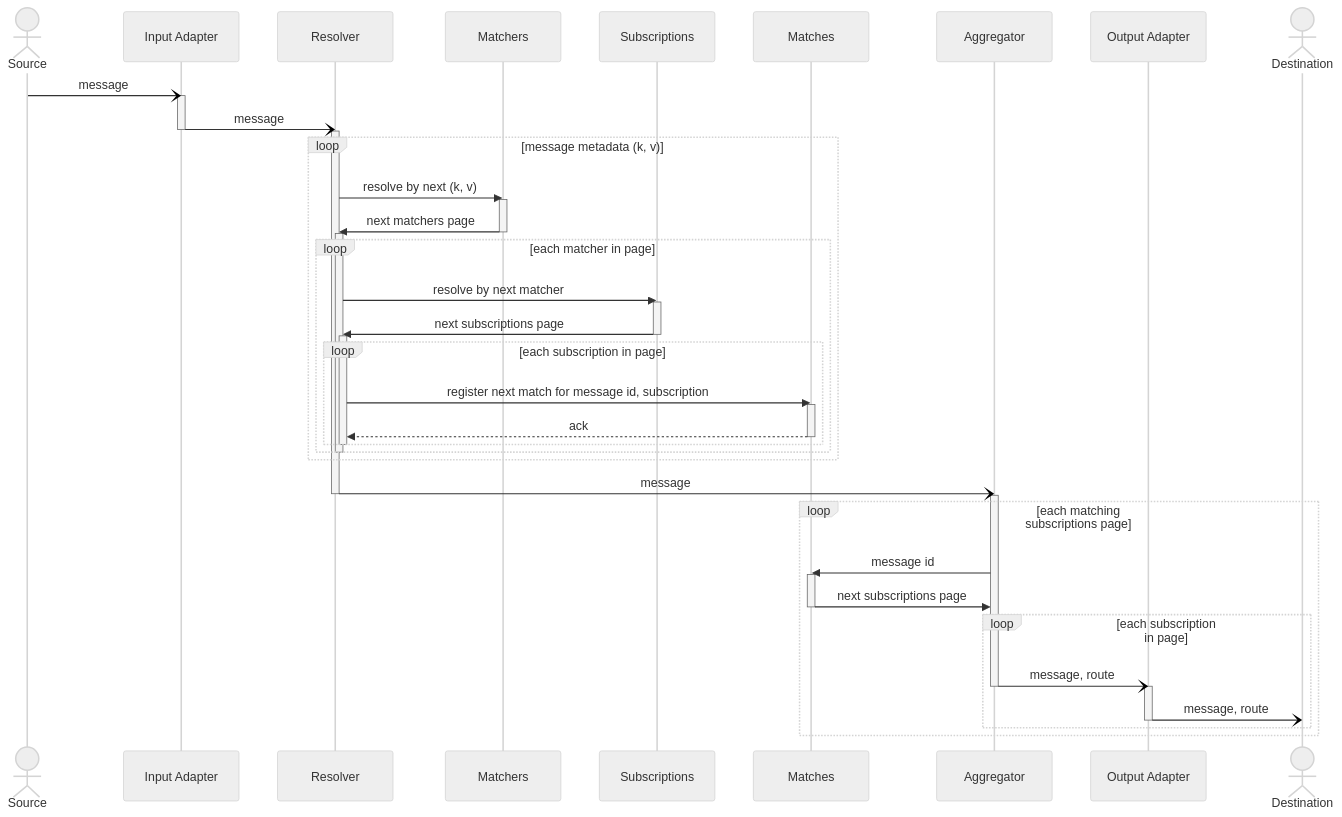
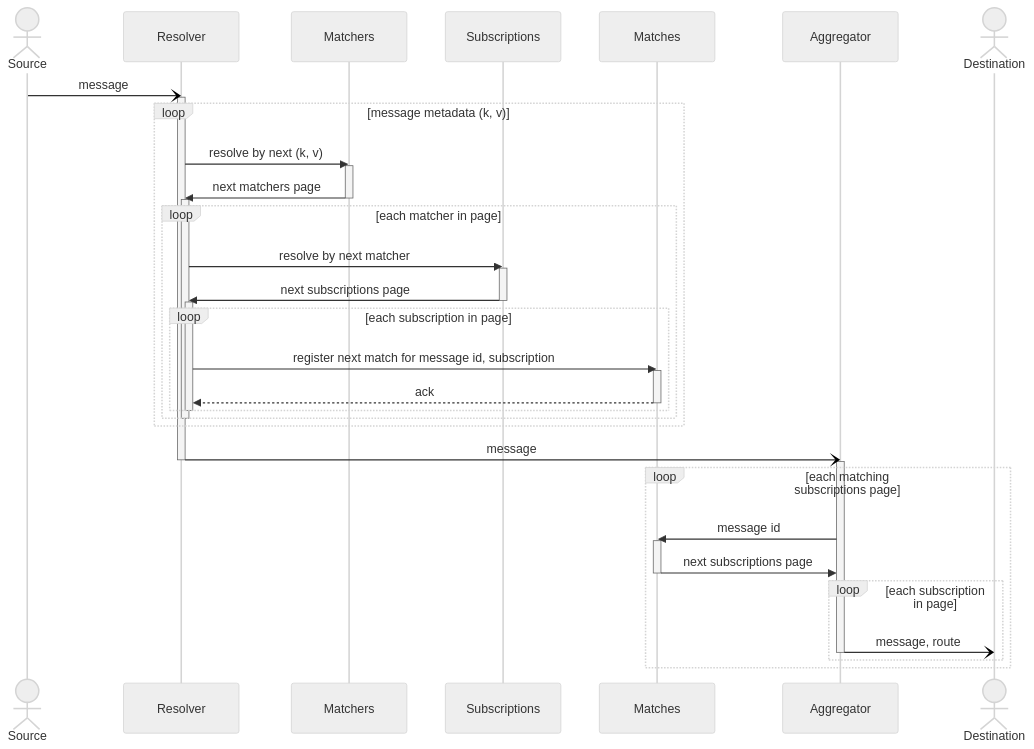
Before and after one commit to awakari/.github: the diagram in profile/README.md, drawn with Mermaid.

Commit message:
simplify the flow diagram

````diff
--- a/profile/README.md
+++ b/profile/README.md
@@ -5,70 +5,61 @@
 ```mermaid
 %%{init: {'theme': 'neutral' } }%%
 sequenceDiagram
 
     actor Source
-    participant Input Adapter
     participant Resolver
     participant Matchers
     participant Subscriptions
     participant Matches
     participant Aggregator
-    participant Output Adapter
     actor Destination
 
-    Source-)Input Adapter: message
-    activate Input Adapter
-        
-    Input Adapter-)Resolver: message
-    deactivate Input Adapter
+    Source-)Resolver: message
     activate Resolver
     
     loop message metadata (k, v)
     
         Resolver->>Matchers: resolve by next (k, v)
         activate Matchers
         Matchers->>Resolver: next matchers page
         deactivate Matchers
         
         activate Resolver
         loop each matcher in page
             
             Resolver->>Subscriptions: resolve by next matcher
             activate Subscriptions
             Subscriptions->>Resolver: next subscriptions page
             deactivate Subscriptions
             
             activate Resolver
             loop each subscription in page
                 Resolver->>Matches: register next match for message id, subscription
                 activate Matches
                 Matches-->>Resolver: ack
                 deactivate Matches
             end
             deactivate Resolver
             
         end
         deactivate Resolver
     end
         
     Resolver-)Aggregator: message
     deactivate Resolver
 
     activate Aggregator
     loop each matching subscriptions page
         
         Aggregator->>Matches: message id
         activate Matches
         Matches->>Aggregator: next subscriptions page
         deactivate Matches
         
         loop each subscription in page
-            Aggregator-)Output Adapter: message, route
+            Aggregator-)Destination: message, route
             deactivate Aggregator
-            activate Output Adapter
-            Output Adapter-)Destination: message, route
-            deactivate Output Adapter
         end
         
     end
 ```
````
